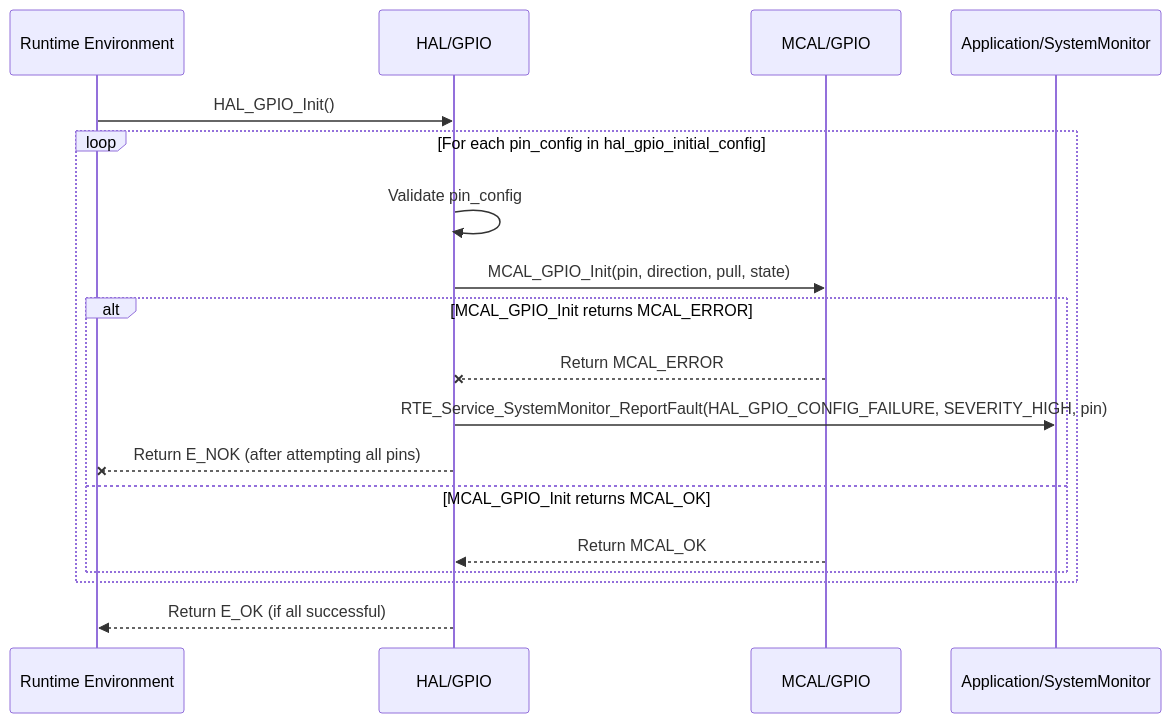
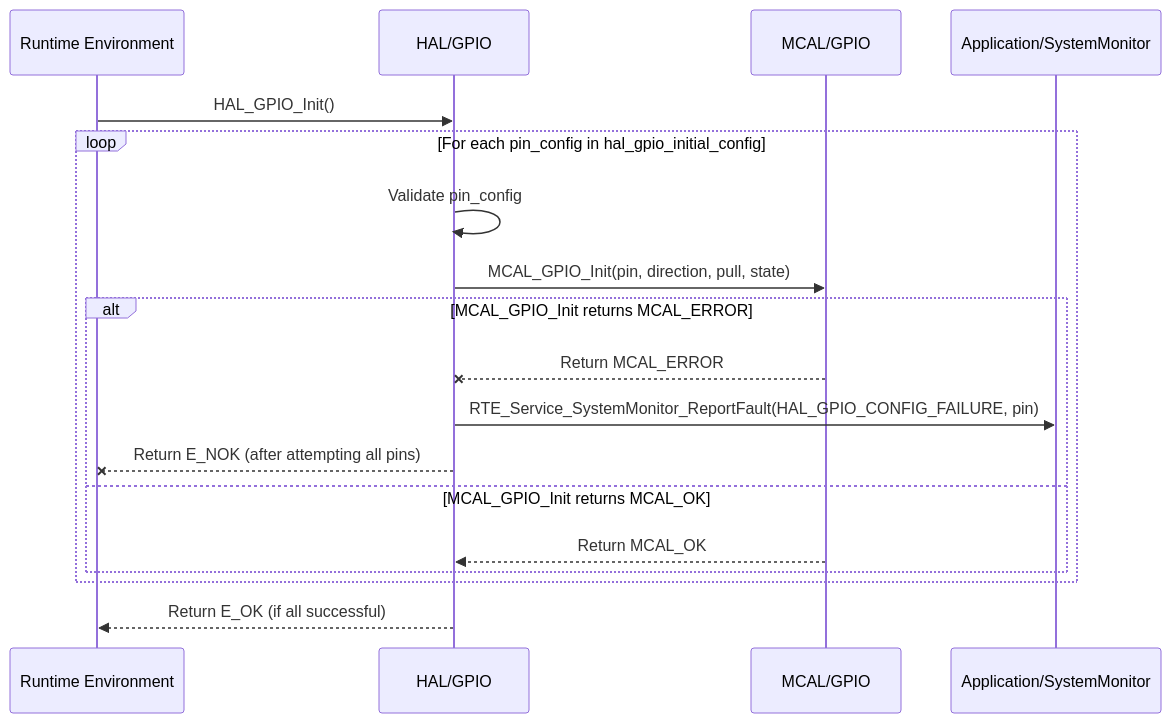
One commit to ashaker-2/Platform changed the diagram in Requiremets/Design/HAL/HAL_GPIO.md. Above: the diagram before and after it, drawn with Mermaid. The commit also changed other lines of this file and 79 other files, not shown here.

````diff
--- a/Requiremets/Design/HAL/HAL_GPIO.md
+++ b/Requiremets/Design/HAL/HAL_GPIO.md
@@ -172,21 +188,21 @@
 ```mermaid
 sequenceDiagram
     participant RTE as Runtime Environment
     participant HAL_GPIO as HAL/GPIO
     participant MCAL_GPIO as MCAL/GPIO
     participant SystemMonitor as Application/SystemMonitor
 
     RTE->>HAL_GPIO: HAL_GPIO_Init()
     loop For each pin_config in hal_gpio_initial_config
         HAL_GPIO->>HAL_GPIO: Validate pin_config
         HAL_GPIO->>MCAL_GPIO: MCAL_GPIO_Init(pin, direction, pull, state)
         alt MCAL_GPIO_Init returns MCAL_ERROR
             MCAL_GPIO--xHAL_GPIO: Return MCAL_ERROR
-            HAL_GPIO->>SystemMonitor: RTE_Service_SystemMonitor_ReportFault(HAL_GPIO_CONFIG_FAILURE, SEVERITY_HIGH, pin)
+            HAL_GPIO->>SystemMonitor: RTE_Service_SystemMonitor_ReportFault(HAL_GPIO_CONFIG_FAILURE,  pin)
             HAL_GPIO--xRTE: Return E_NOK (after attempting all pins)
         else MCAL_GPIO_Init returns MCAL_OK
             MCAL_GPIO-->>HAL_GPIO: Return MCAL_OK
         end
     end
     HAL_GPIO-->>RTE: Return E_OK (if all successful)
 ```
````
